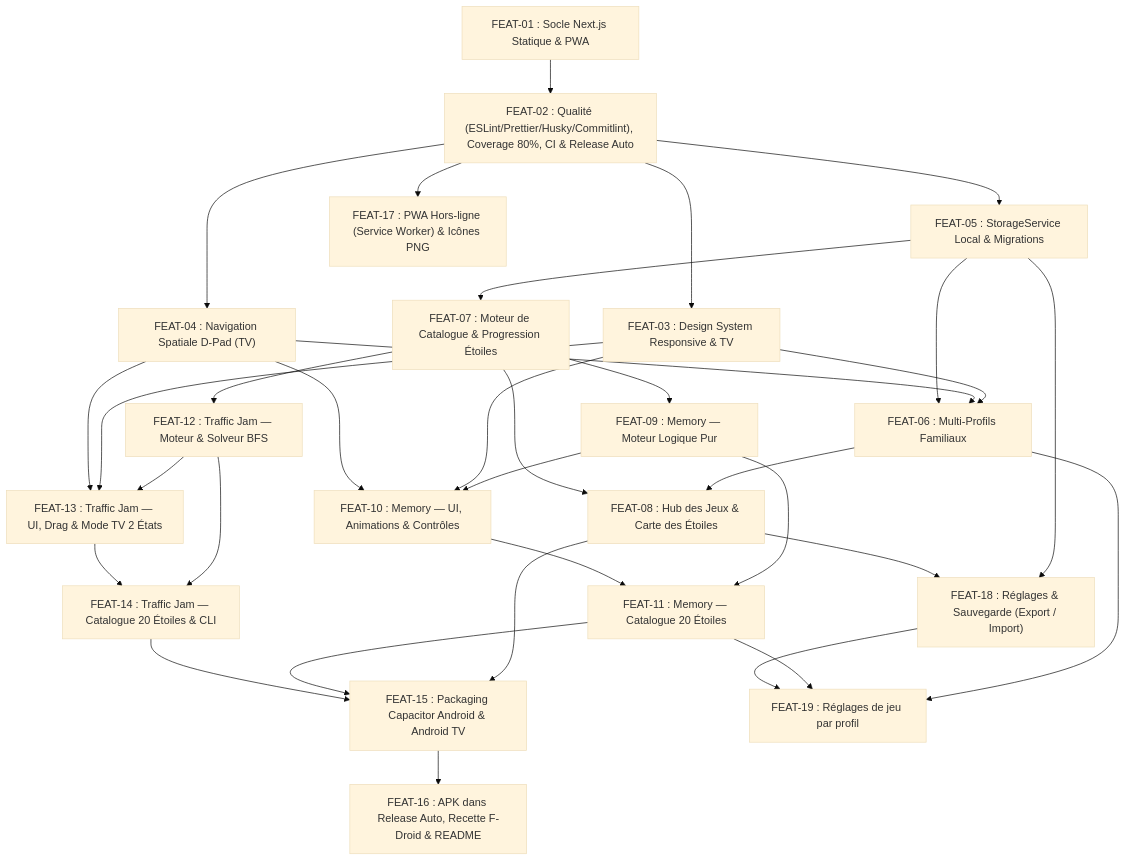
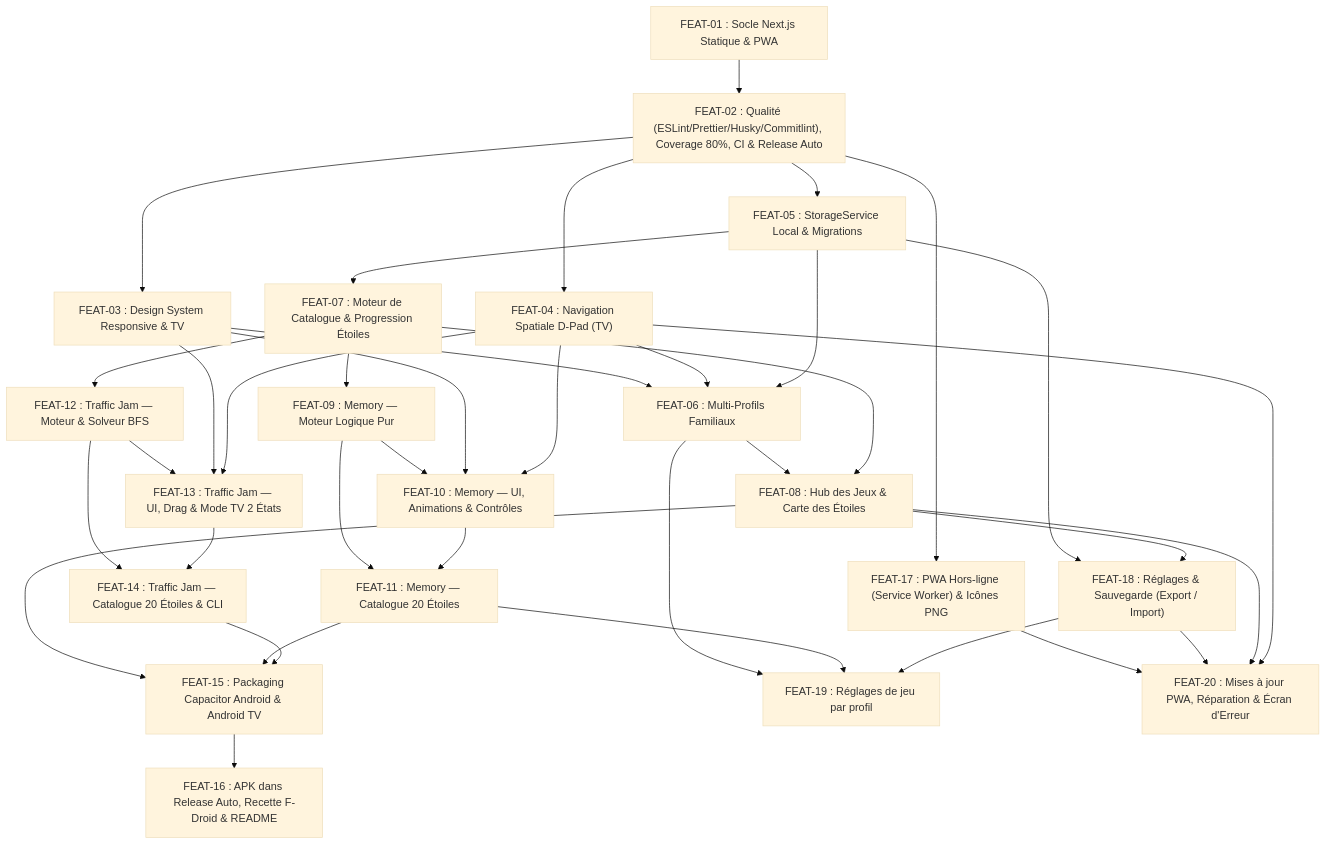
Before and after one commit to youtix/mia: the third of 3 diagrams in docs/SPECIFICATION.md, drawn with Mermaid (base theme). The commit also changed other lines of this file and 40 other files, not shown here.

````diff
--- a/docs/SPECIFICATION.md
+++ b/docs/SPECIFICATION.md
@@ -306,43 +307,48 @@
 ```mermaid
 flowchart TD
     F01["FEAT-01 : Socle Next.js Statique & PWA"] --> F02["FEAT-02 : Qualité (ESLint/Prettier/Husky/Commitlint), Coverage 80%, CI & Release Auto"]
     F02 --> F03["FEAT-03 : Design System Responsive & TV"]
     F02 --> F04["FEAT-04 : Navigation Spatiale D-Pad (TV)"]
     F02 --> F05["FEAT-05 : StorageService Local & Migrations"]
 
     F03 --> F06["FEAT-06 : Multi-Profils Familiaux"]
     F04 --> F06
     F05 --> F06
 
     F05 --> F07["FEAT-07 : Moteur de Catalogue & Progression Étoiles"]
     F06 --> F08["FEAT-08 : Hub des Jeux & Carte des Étoiles"]
     F07 --> F08
 
     F07 --> F09["FEAT-09 : Memory — Moteur Logique Pur"]
     F09 --> F10["FEAT-10 : Memory — UI, Animations & Contrôles"]
     F03 --> F10
     F04 --> F10
     F09 --> F11["FEAT-11 : Memory — Catalogue 20 Étoiles"]
     F10 --> F11
 
     F07 --> F12["FEAT-12 : Traffic Jam — Moteur & Solveur BFS"]
     F12 --> F13["FEAT-13 : Traffic Jam — UI, Drag & Mode TV 2 États"]
     F03 --> F13
     F04 --> F13
     F12 --> F14["FEAT-14 : Traffic Jam — Catalogue 20 Étoiles & CLI"]
     F13 --> F14
 
     F08 --> F15["FEAT-15 : Packaging Capacitor Android & Android TV"]
     F11 --> F15
     F14 --> F15
     F15 --> F16["FEAT-16 : APK dans Release Auto, Recette F-Droid & README"]
 
     F02 --> F17["FEAT-17 : PWA Hors-ligne (Service Worker) & Icônes PNG"]
 
     F05 --> F18["FEAT-18 : Réglages & Sauvegarde (Export / Import)"]
     F08 --> F18
 
     F06 --> F19["FEAT-19 : Réglages de jeu par profil"]
     F11 --> F19
     F18 --> F19
+
+    F17 --> F20["FEAT-20 : Mises à jour PWA, Réparation & Écran d'Erreur"]
+    F18 --> F20
+    F08 --> F20
+    F04 --> F20
 ```
````
